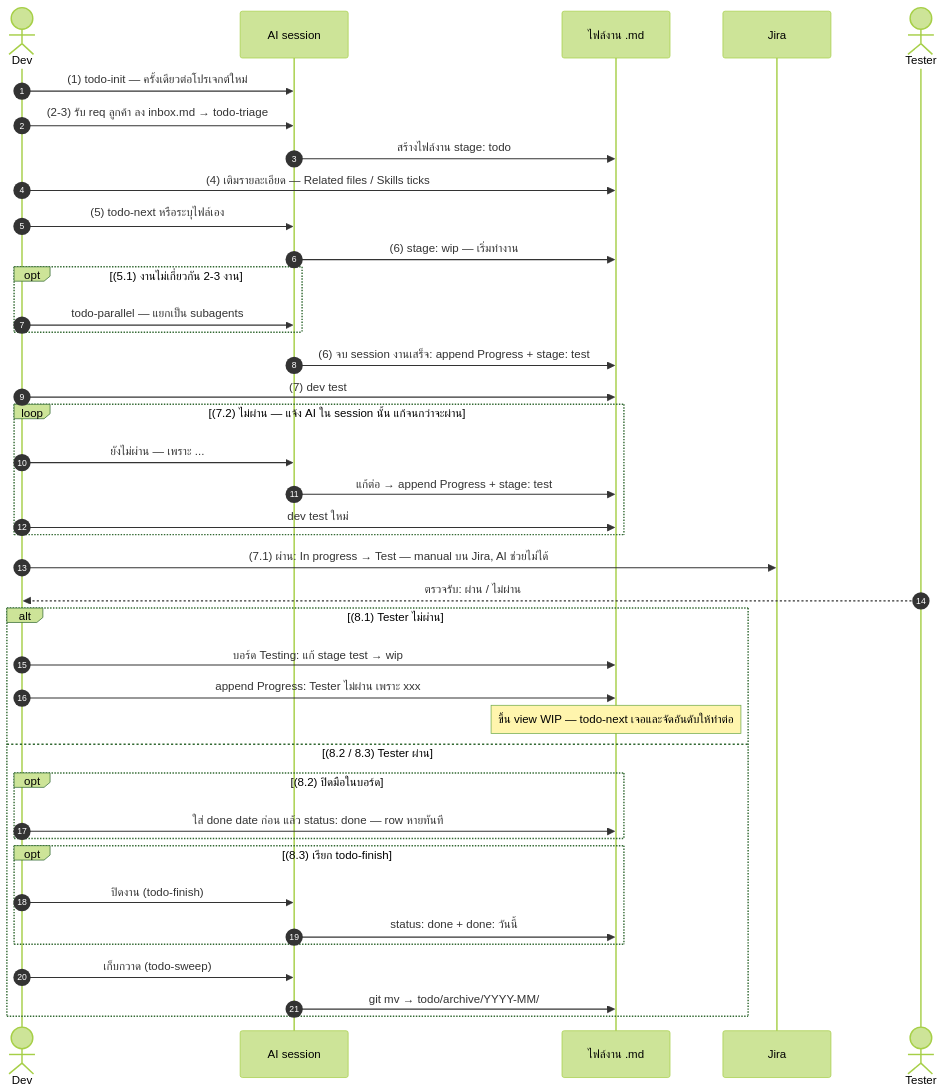
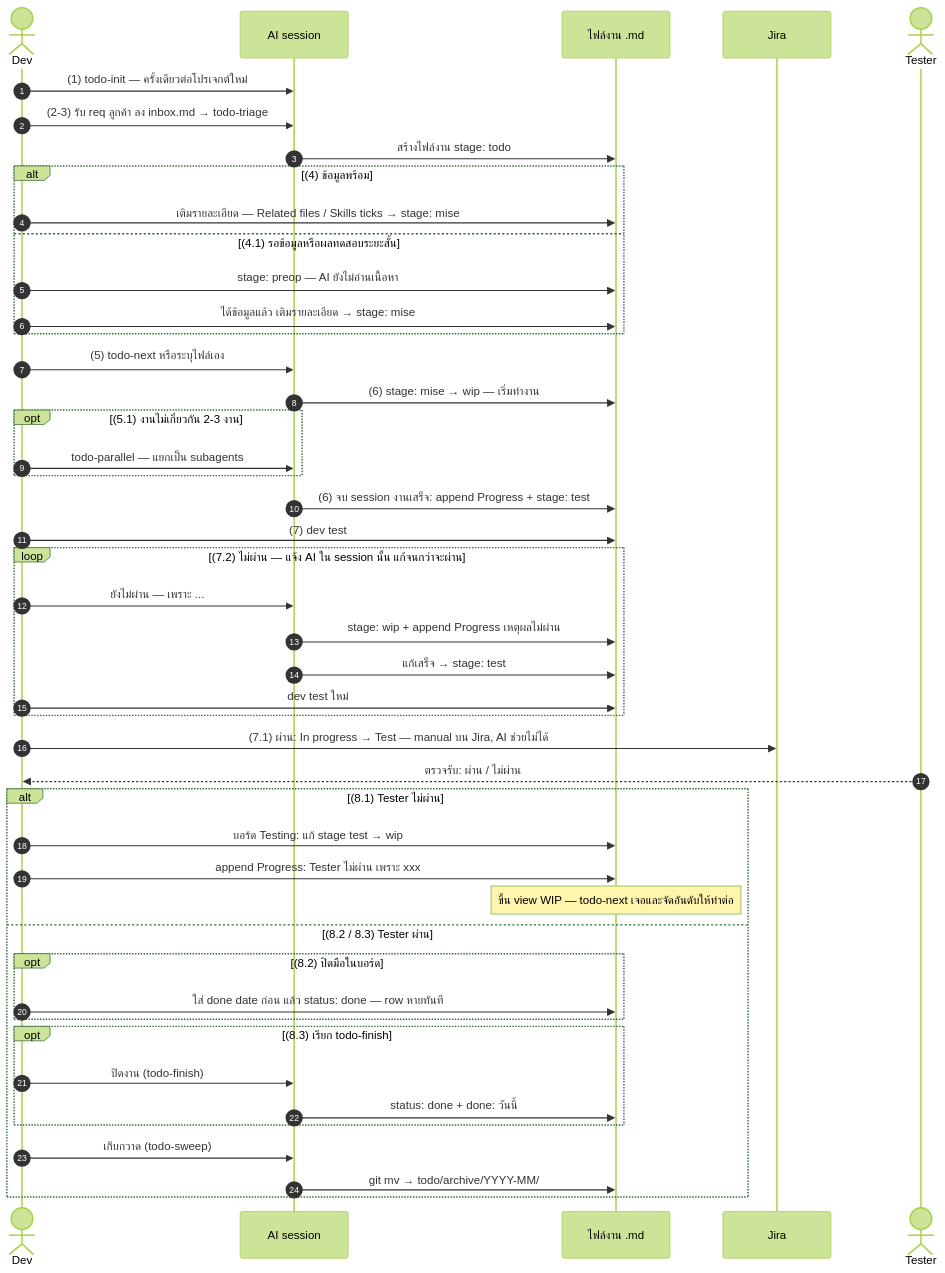
The diagram in assets/todo-scenario-th.mmd (T5ive/t5ive-skills), drawn with Mermaid (forest theme) before and after one commit. The commit also changed 15 other files, not shown here.

First line of the commit message:
feat(✨todo): เพิ่มสถานะ preop/mise และคัดงานที่พร้อมทำ

```diff
--- a/assets/todo-scenario-th.mmd
+++ b/assets/todo-scenario-th.mmd
@@ -1,41 +1,47 @@
 sequenceDiagram
     autonumber
     actor Dev
     participant AI as AI session
     participant F as ไฟล์งาน .md
     participant J as Jira
     actor T as Tester
 
     Dev->>AI: (1) todo-init — ครั้งเดียวต่อโปรเจกต์ใหม่
     Dev->>AI: (2-3) รับ req ลูกค้า ลง inbox.md → todo-triage
     AI->>F: สร้างไฟล์งาน stage: todo
-    Dev->>F: (4) เติมรายละเอียด — Related files / Skills ticks
+    alt (4) ข้อมูลพร้อม
+        Dev->>F: เติมรายละเอียด — Related files / Skills ticks → stage: mise
+    else (4.1) รอข้อมูลหรือผลทดสอบระยะสั้น
+        Dev->>F: stage: preop — AI ยังไม่อ่านเนื้อหา
+        Dev->>F: ได้ข้อมูลแล้ว เติมรายละเอียด → stage: mise
+    end
     Dev->>AI: (5) todo-next หรือระบุไฟล์เอง
-    AI->>F: (6) stage: wip — เริ่มทำงาน
+    AI->>F: (6) stage: mise → wip — เริ่มทำงาน
     opt (5.1) งานไม่เกี่ยวกัน 2-3 งาน
         Dev->>AI: todo-parallel — แยกเป็น subagents
     end
     AI->>F: (6) จบ session งานเสร็จ: append Progress + stage: test
     Dev->>F: (7) dev test
     loop (7.2) ไม่ผ่าน — แจ้ง AI ใน session นั้น แก้จนกว่าจะผ่าน
         Dev->>AI: ยังไม่ผ่าน — เพราะ ...
-        AI->>F: แก้ต่อ → append Progress + stage: test
+        AI->>F: stage: wip + append Progress เหตุผลไม่ผ่าน
+        AI->>F: แก้เสร็จ → stage: test
         Dev->>F: dev test ใหม่
     end
     Dev->>J: (7.1) ผ่าน: In progress → Test — manual บน Jira, AI ช่วยไม่ได้
     T-->>Dev: ตรวจรับ: ผ่าน / ไม่ผ่าน
     alt (8.1) Tester ไม่ผ่าน
         Dev->>F: บอร์ด Testing: แก้ stage test → wip
         Dev->>F: append Progress: Tester ไม่ผ่าน เพราะ xxx
         Note over F: ขึ้น view WIP — todo-next เจอและจัดอันดับให้ทำต่อ
     else (8.2 / 8.3) Tester ผ่าน
         opt (8.2) ปิดมือในบอร์ด
             Dev->>F: ใส่ done date ก่อน แล้ว status: done — row หายทันที
         end
         opt (8.3) เรียก todo-finish
             Dev->>AI: ปิดงาน (todo-finish)
             AI->>F: status: done + done: วันนี้
         end
         Dev->>AI: เก็บกวาด (todo-sweep)
         AI->>F: git mv → todo/archive/YYYY-MM/
     end
```
